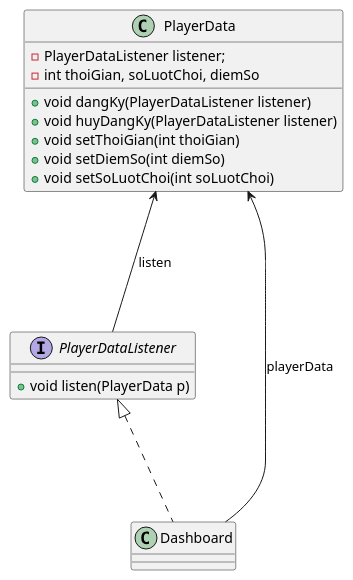
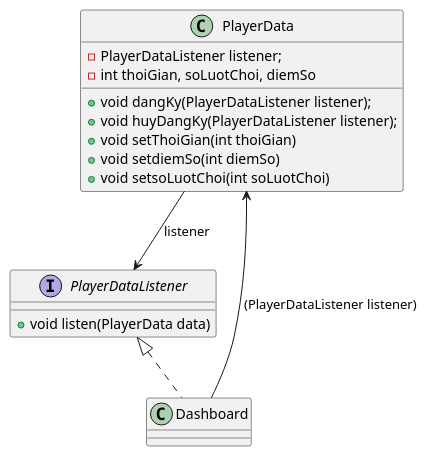
Before and after one commit to nghiahuunguyen/kientructhietke: the diagram in kientrucvathietkephanmem/src/thi/Observer/ca6/ca6.puml, drawn with PlantUML. The commit also changed 49 other files, not shown here.

```diff
--- a/kientrucvathietkephanmem/src/thi/Observer/ca6/ca6.puml
+++ b/kientrucvathietkephanmem/src/thi/Observer/ca6/ca6.puml
@@ -1,21 +1,24 @@
 @startuml
 'https://plantuml.com/class-diagram
+'playerData là subject'
+'Dashboard là observer'
 
-class PlayerData{
-    - PlayerDataListener listener;
-        - int thoiGian, soLuotChoi, diemSo
-        + void dangKy(PlayerDataListener listener)
-        + void huyDangKy(PlayerDataListener listener)
-        + void setThoiGian(int thoiGian)
-        + void setDiemSo(int diemSo)
-        + void setSoLuotChoi(int soLuotChoi)
+
+class PlayerData {
+- PlayerDataListener listener;
+- int thoiGian, soLuotChoi, diemSo
++void dangKy(PlayerDataListener listener);
++void huyDangKy(PlayerDataListener listener);
++void setThoiGian(int thoiGian)
++void setdiemSo(int diemSo)
++void setsoLuotChoi(int soLuotChoi)
 }
 class Dashboard
 interface PlayerDataListener{
-     + void listen(PlayerData p)
++void listen(PlayerData data)
 }
-PlayerDataListener<|... Dashboard
-PlayerData<--- PlayerDataListener:listen
-Dashboard ---> PlayerData: playerData
+PlayerDataListener <|.. Dashboard
+PlayerData --> PlayerDataListener : listener
+Dashboard --> PlayerData : (PlayerDataListener listener)
 
 @enduml
```
